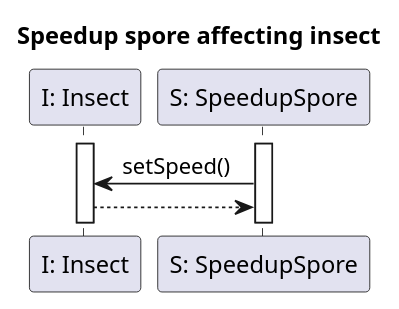
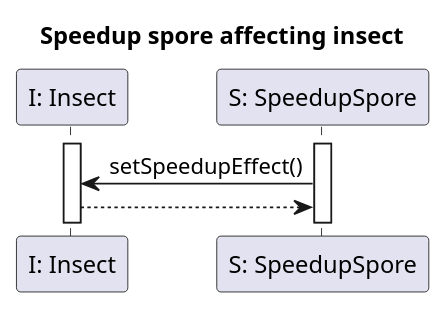
One commit to Klastiv/Projlab_nullpointerexception changed the diagram in diagrams/diagramFiles/SQ_SporeAffectsInsectWithSpeedup.puml. Above: the diagram before and after it, drawn with PlantUML. The commit also changed 4 other files, not shown here.

```diff
--- a/diagrams/diagramFiles/SQ_SporeAffectsInsectWithSpeedup.puml
+++ b/diagrams/diagramFiles/SQ_SporeAffectsInsectWithSpeedup.puml
@@ -1,14 +1,14 @@
 @startuml InsectSpeedUp
 
 title Speedup spore affecting insect
 
 participant "I: Insect" as I
 participant "S: SpeedupSpore" as Sp
 
 activate I
 activate Sp
 
-Sp -> I : setSpeed()
+Sp -> I : setSpeedupEffect()
 I --> Sp
 
 @enduml
```
